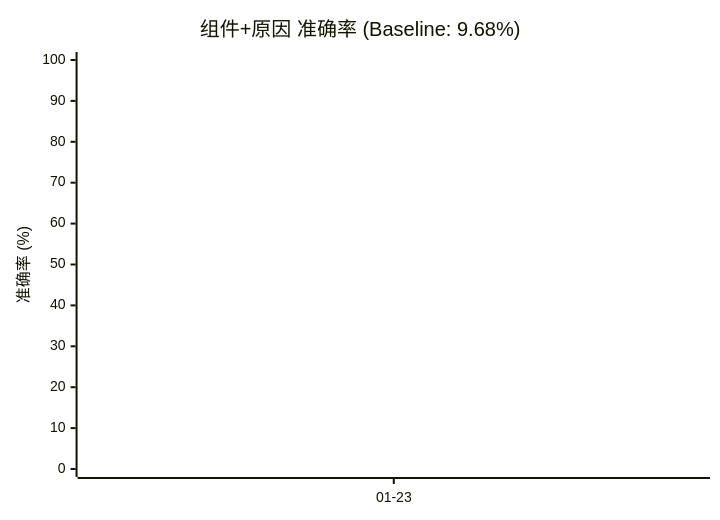
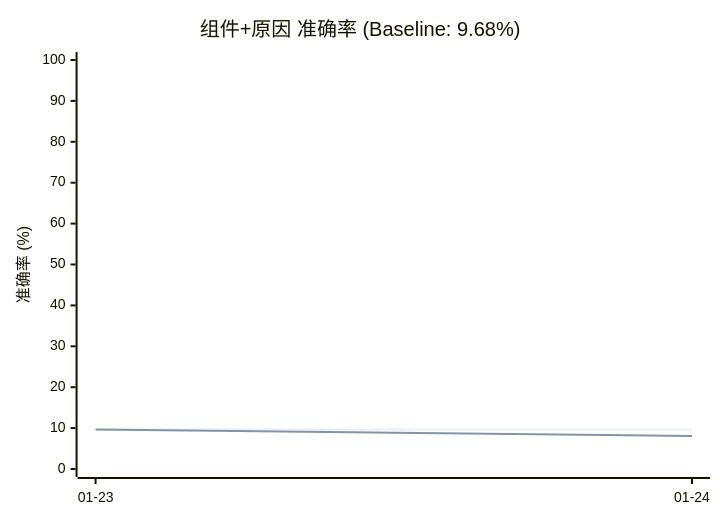
One commit to gongxh13/rca-agent changed the second of 7 diagrams in evaluation/README.md. Above: the diagram before and after it, drawn with Mermaid. The commit also changed other lines of this file, not shown here.

````diff
--- a/evaluation/README.md
+++ b/evaluation/README.md
@@ -70,8 +71,8 @@
 ```mermaid
 xychart-beta
     title "组件+原因 准确率 (Baseline: 9.68%)"
-    x-axis ["01-23"]
+    x-axis ["01-23", "01-24"]
     y-axis "准确率 (%)" 0 --> 100
-    line [9.68]
-    line [9.68]
+    line [9.68, 9.68]
+    line [9.68, 8.06]
 ```
````
